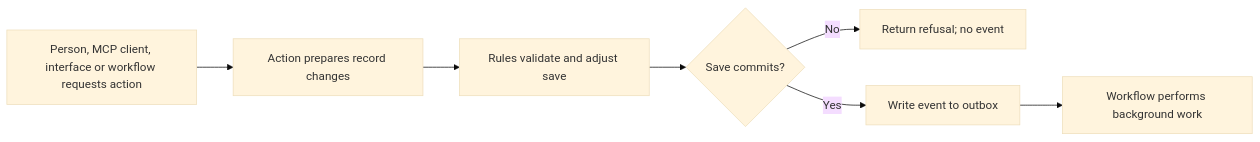
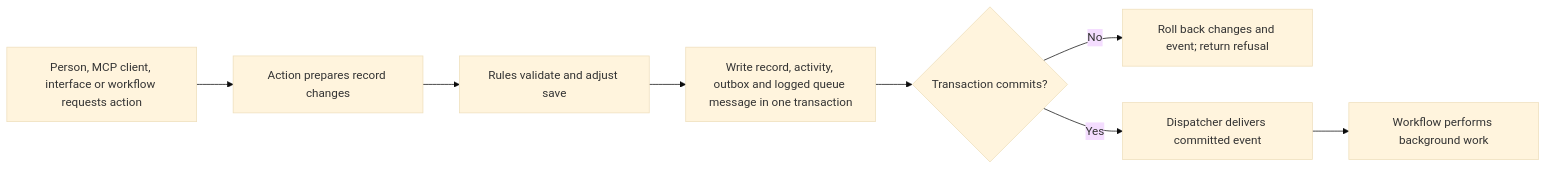
Before and after one commit to Abzum-NZ/Abzum-Vortex: the first of 2 diagrams in docs/specification/08-forms-actions-rules-and-events.md, drawn with Mermaid (base theme). The commit also changed other lines of this file and 2 other files, not shown here.

Commit message:
Align record save and event delivery dependencies

````diff
--- a/docs/specification/08-forms-actions-rules-and-events.md
+++ b/docs/specification/08-forms-actions-rules-and-events.md
@@ -9,9 +9,10 @@
 ```mermaid
 flowchart LR
     START[Person, MCP client, interface or workflow requests action] --> ACTION[Action prepares record changes]
     ACTION --> RULE[Rules validate and adjust save]
-    RULE --> COMMIT{Save commits?}
-    COMMIT -- No --> STOP[Return refusal; no event]
-    COMMIT -- Yes --> EVENT[Write event to outbox]
-    EVENT --> FLOW[Workflow performs background work]
+    RULE --> WRITE[Write record, activity, outbox and logged queue message in one transaction]
+    WRITE --> COMMIT{Transaction commits?}
+    COMMIT -- No --> STOP[Roll back changes and event; return refusal]
+    COMMIT -- Yes --> DISPATCH[Dispatcher delivers committed event]
+    DISPATCH --> FLOW[Workflow performs background work]
 ```
````
